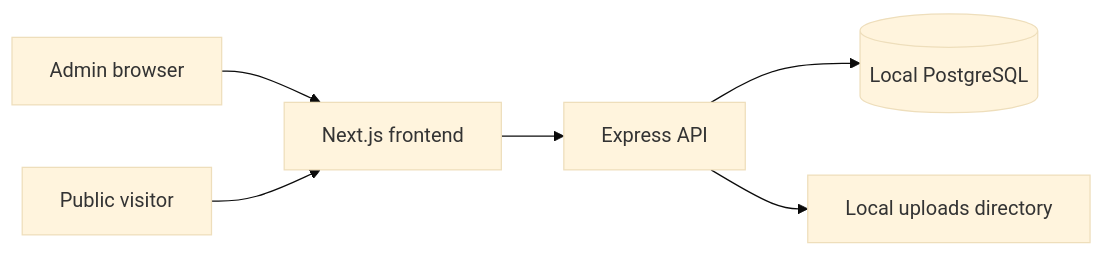
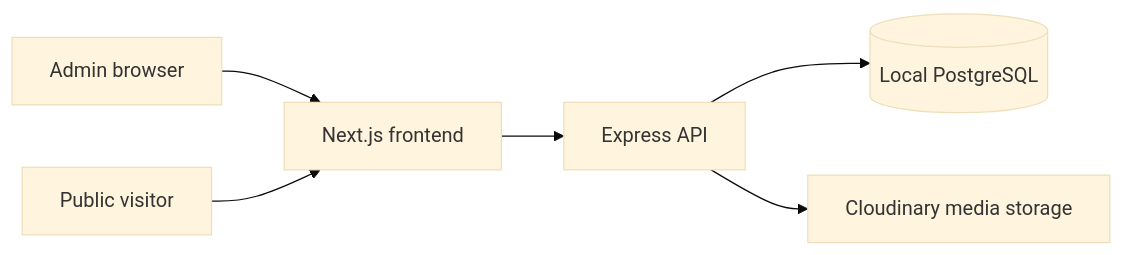
One commit to indrakhanal/my-learning changed the diagram in README.md. Above: the diagram before and after it, drawn with Mermaid (base theme). The commit also changed other lines of this file and 5 other files, not shown here.

````diff
--- a/README.md
+++ b/README.md
@@ -7,8 +7,8 @@
 ```mermaid
 flowchart LR
   A[Admin browser] --> W[Next.js frontend]
   P[Public visitor] --> W
   W --> API[Express API]
   API --> DB[(Local PostgreSQL)]
-  API --> FS[Local uploads directory]
+  API --> FS[Cloudinary media storage]
 ```
````
